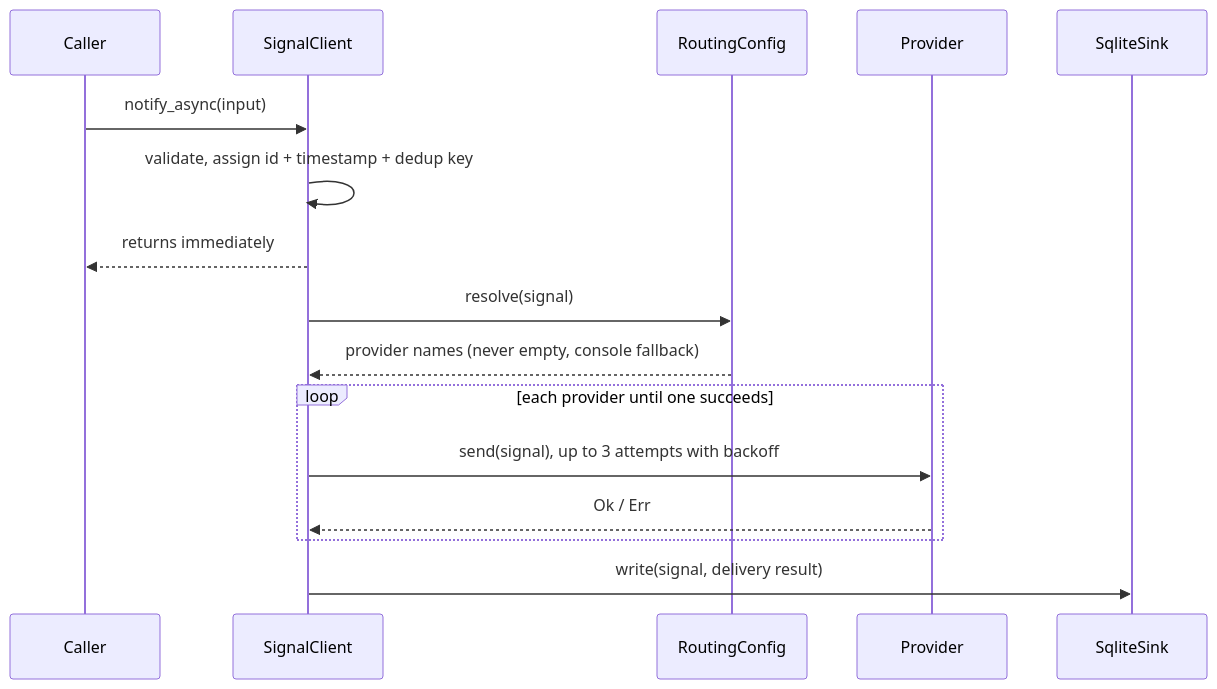
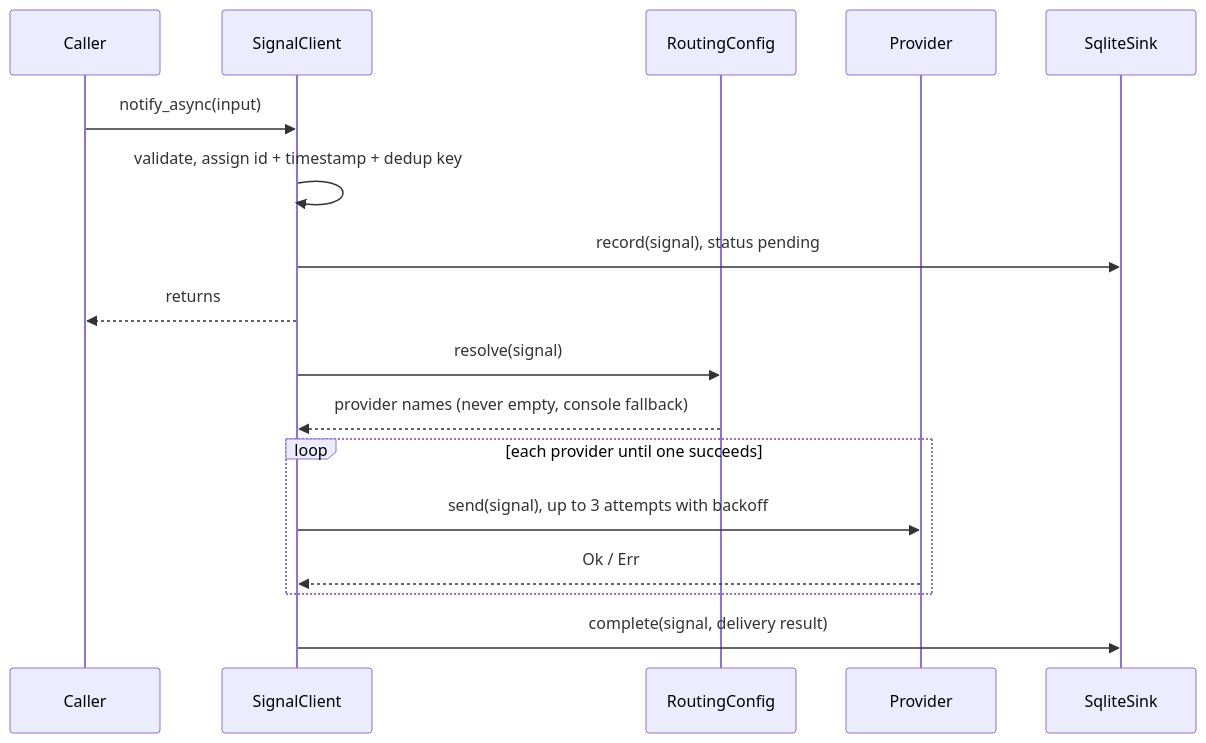
Before and after one commit to adithyapathipaka/OpsSignal: the second of 2 diagrams in docs/ARCHITECTURE.md, drawn with Mermaid. The commit also changed other lines of this file and 11 other files, not shown here.

````diff
--- a/docs/ARCHITECTURE.md
+++ b/docs/ARCHITECTURE.md
@@ -55,19 +55,20 @@
 ```mermaid
 sequenceDiagram
     participant App as Caller
     participant Client as SignalClient
     participant Router as RoutingConfig
     participant Provider
     participant Sink as SqliteSink
 
     App->>Client: notify_async(input)
     Client->>Client: validate, assign id + timestamp + dedup key
-    Client-->>App: returns immediately
+    Client->>Sink: record(signal), status pending
+    Client-->>App: returns
     Client->>Router: resolve(signal)
     Router-->>Client: provider names (never empty, console fallback)
     loop each provider until one succeeds
         Client->>Provider: send(signal), up to 3 attempts with backoff
         Provider-->>Client: Ok / Err
     end
-    Client->>Sink: write(signal, delivery result)
+    Client->>Sink: complete(signal, delivery result)
 ```
````
